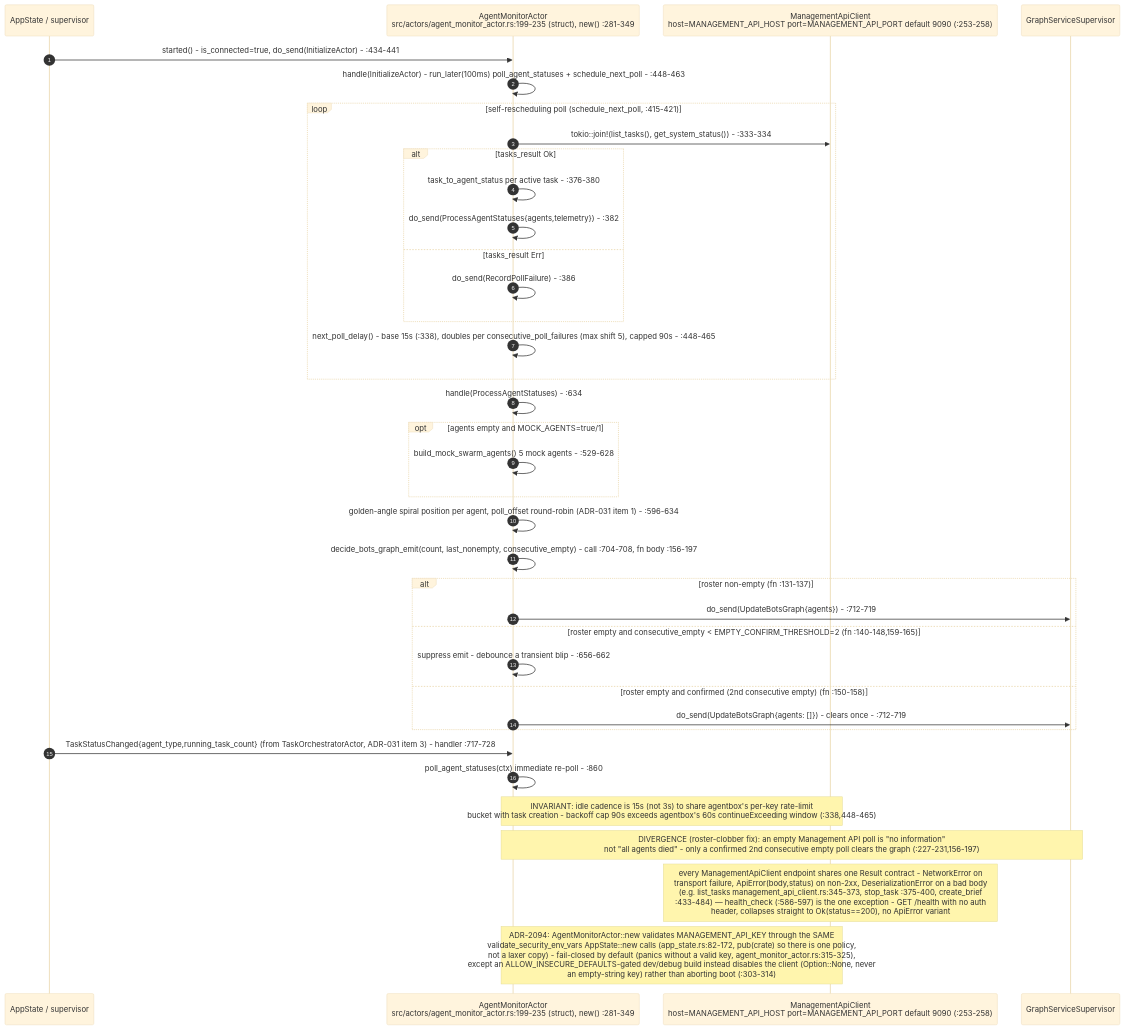
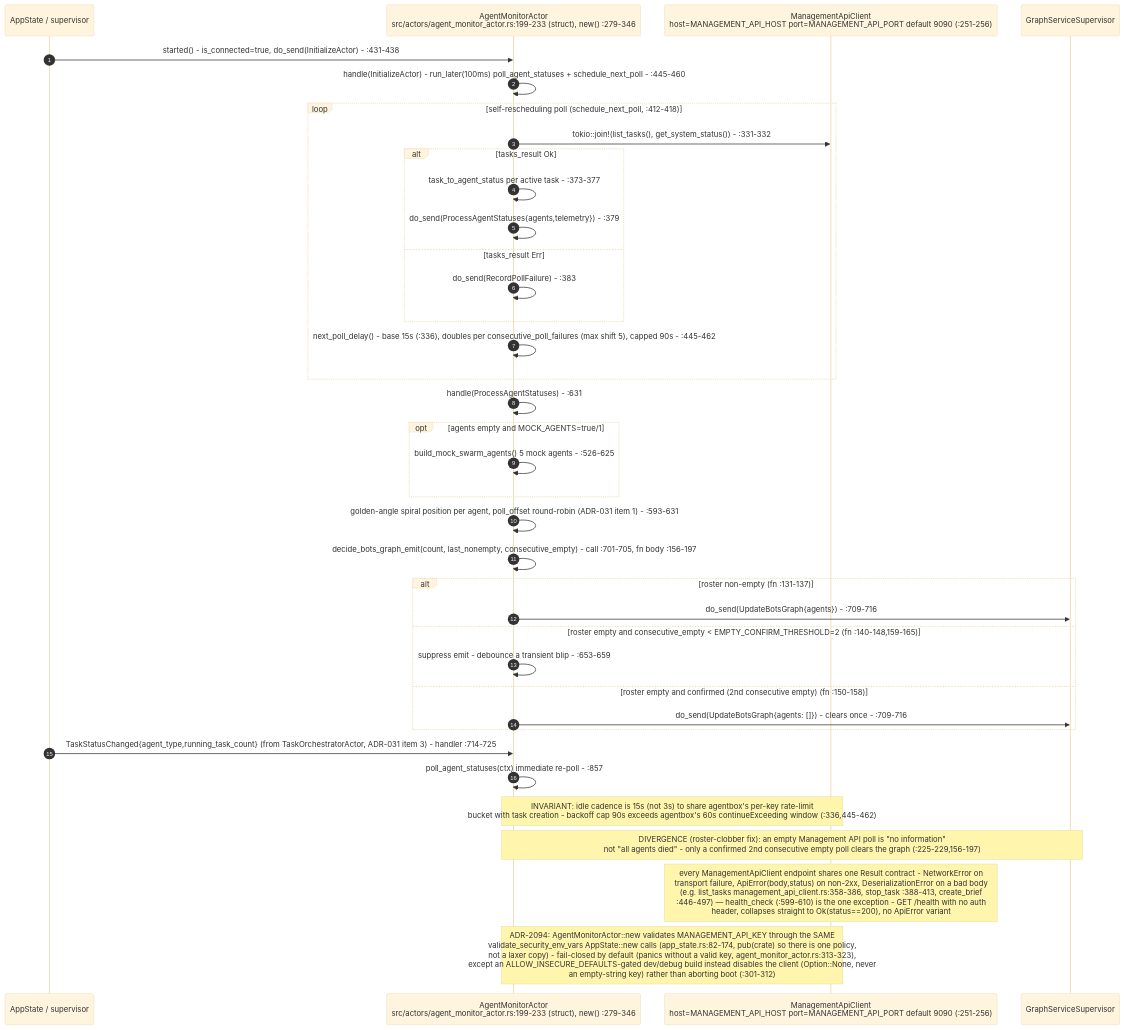
One commit to DreamLab-AI/VisionFlow changed the seventh of 10 diagrams in docs/diagrams/visionclaw/27-agent-integration-mcp-relay.md. Above: the diagram before and after it, drawn with Mermaid (base theme). The commit also changed other lines of this file and 8 other files, not shown here.

Commit message:
docs(diagrams): multi-MCP discovery is real; re-stamp visionclaw 01/03/05/09/27 and estate/02

````diff
--- a/docs/diagrams/visionclaw/27-agent-integration-mcp-relay.md
+++ b/docs/diagrams/visionclaw/27-agent-integration-mcp-relay.md
@@ -303,40 +328,40 @@
 ```mermaid
 sequenceDiagram
     autonumber
     participant Sup as AppState / supervisor
-    participant AM as AgentMonitorActor<br/>src/actors/agent_monitor_actor.rs:199-235 (struct), new() :281-349
-    participant MAC as ManagementApiClient<br/>host=MANAGEMENT_API_HOST port=MANAGEMENT_API_PORT default 9090 (:253-258)
+    participant AM as AgentMonitorActor<br/>src/actors/agent_monitor_actor.rs:199-233 (struct), new() :279-346
+    participant MAC as ManagementApiClient<br/>host=MANAGEMENT_API_HOST port=MANAGEMENT_API_PORT default 9090 (:251-256)
     participant GSS as GraphServiceSupervisor
 
-    Sup->>AM: started() - is_connected=true, do_send(InitializeActor) - :434-441
-    AM->>AM: handle(InitializeActor) - run_later(100ms) poll_agent_statuses + schedule_next_poll - :448-463
-    loop self-rescheduling poll (schedule_next_poll, :415-421)
-        AM->>MAC: tokio::join!(list_tasks(), get_system_status()) - :333-334
+    Sup->>AM: started() - is_connected=true, do_send(InitializeActor) - :431-438
+    AM->>AM: handle(InitializeActor) - run_later(100ms) poll_agent_statuses + schedule_next_poll - :445-460
+    loop self-rescheduling poll (schedule_next_poll, :412-418)
+        AM->>MAC: tokio::join!(list_tasks(), get_system_status()) - :331-332
         alt tasks_result Ok
-            AM->>AM: task_to_agent_status per active task - :376-380
-            AM->>AM: do_send(ProcessAgentStatuses{agents,telemetry}) - :382
+            AM->>AM: task_to_agent_status per active task - :373-377
+            AM->>AM: do_send(ProcessAgentStatuses{agents,telemetry}) - :379
         else tasks_result Err
-            AM->>AM: do_send(RecordPollFailure) - :386
+            AM->>AM: do_send(RecordPollFailure) - :383
         end
-        AM->>AM: next_poll_delay() - base 15s (:338), doubles per consecutive_poll_failures (max shift 5), capped 90s - :448-465
+        AM->>AM: next_poll_delay() - base 15s (:336), doubles per consecutive_poll_failures (max shift 5), capped 90s - :445-462
     end
-    AM->>AM: handle(ProcessAgentStatuses) - :634
+    AM->>AM: handle(ProcessAgentStatuses) - :631
     opt agents empty and MOCK_AGENTS=true/1
-        AM->>AM: build_mock_swarm_agents() 5 mock agents - :529-628
+        AM->>AM: build_mock_swarm_agents() 5 mock agents - :526-625
     end
-    AM->>AM: golden-angle spiral position per agent, poll_offset round-robin (ADR-031 item 1) - :596-634
-    AM->>AM: decide_bots_graph_emit(count, last_nonempty, consecutive_empty) - call :704-708, fn body :156-197
+    AM->>AM: golden-angle spiral position per agent, poll_offset round-robin (ADR-031 item 1) - :593-631
+    AM->>AM: decide_bots_graph_emit(count, last_nonempty, consecutive_empty) - call :701-705, fn body :156-197
     alt roster non-empty (fn :131-137)
-        AM->>GSS: do_send(UpdateBotsGraph{agents}) - :712-719
+        AM->>GSS: do_send(UpdateBotsGraph{agents}) - :709-716
     else roster empty and consecutive_empty < EMPTY_CONFIRM_THRESHOLD=2 (fn :140-148,159-165)
-        AM->>AM: suppress emit - debounce a transient blip - :656-662
+        AM->>AM: suppress emit - debounce a transient blip - :653-659
     else roster empty and confirmed (2nd consecutive empty) (fn :150-158)
-        AM->>GSS: do_send(UpdateBotsGraph{agents: []}) - clears once - :712-719
+        AM->>GSS: do_send(UpdateBotsGraph{agents: []}) - clears once - :709-716
     end
-    Sup->>AM: TaskStatusChanged{agent_type,running_task_count} (from TaskOrchestratorActor, ADR-031 item 3) - handler :717-728
-    AM->>AM: poll_agent_statuses(ctx) immediate re-poll - :860
-    Note over AM,MAC: INVARIANT: idle cadence is 15s (not 3s) to share agentbox's per-key rate-limit<br/>bucket with task creation - backoff cap 90s exceeds agentbox's 60s continueExceeding window (:338,448-465)
-    Note over AM,GSS: DIVERGENCE (roster-clobber fix): an empty Management API poll is "no information"<br/>not "all agents died" - only a confirmed 2nd consecutive empty poll clears the graph (:227-231,156-197)
-    Note over MAC: every ManagementApiClient endpoint shares one Result contract - NetworkError on<br/>transport failure, ApiError(body,status) on non-2xx, DeserializationError on a bad body<br/>(e.g. list_tasks management_api_client.rs:345-373, stop_task :375-400, create_brief<br/>:433-484) — health_check (:586-597) is the one exception - GET /health with no auth<br/>header, collapses straight to Ok(status==200), no ApiError variant
-    Note over AM,MAC: ADR-2094: AgentMonitorActor::new validates MANAGEMENT_API_KEY through the SAME<br/>validate_security_env_vars AppState::new calls (app_state.rs:82-172, pub(crate) so there is one policy,<br/>not a laxer copy) - fail-closed by default (panics without a valid key, agent_monitor_actor.rs:315-325),<br/>except an ALLOW_INSECURE_DEFAULTS-gated dev/debug build instead disables the client (Option::None, never<br/>an empty-string key) rather than aborting boot (:303-314)
+    Sup->>AM: TaskStatusChanged{agent_type,running_task_count} (from TaskOrchestratorActor, ADR-031 item 3) - handler :714-725
+    AM->>AM: poll_agent_statuses(ctx) immediate re-poll - :857
+    Note over AM,MAC: INVARIANT: idle cadence is 15s (not 3s) to share agentbox's per-key rate-limit<br/>bucket with task creation - backoff cap 90s exceeds agentbox's 60s continueExceeding window (:336,445-462)
+    Note over AM,GSS: DIVERGENCE (roster-clobber fix): an empty Management API poll is "no information"<br/>not "all agents died" - only a confirmed 2nd consecutive empty poll clears the graph (:225-229,156-197)
+    Note over MAC: every ManagementApiClient endpoint shares one Result contract - NetworkError on<br/>transport failure, ApiError(body,status) on non-2xx, DeserializationError on a bad body<br/>(e.g. list_tasks management_api_client.rs:358-386, stop_task :388-413, create_brief<br/>:446-497) — health_check (:599-610) is the one exception - GET /health with no auth<br/>header, collapses straight to Ok(status==200), no ApiError variant
+    Note over AM,MAC: ADR-2094: AgentMonitorActor::new validates MANAGEMENT_API_KEY through the SAME<br/>validate_security_env_vars AppState::new calls (app_state.rs:82-174, pub(crate) so there is one policy,<br/>not a laxer copy) - fail-closed by default (panics without a valid key, agent_monitor_actor.rs:313-323),<br/>except an ALLOW_INSECURE_DEFAULTS-gated dev/debug build instead disables the client (Option::None, never<br/>an empty-string key) rather than aborting boot (:301-312)
 ```
````
